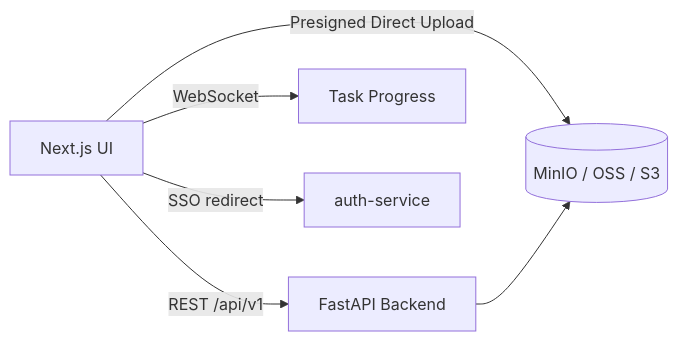
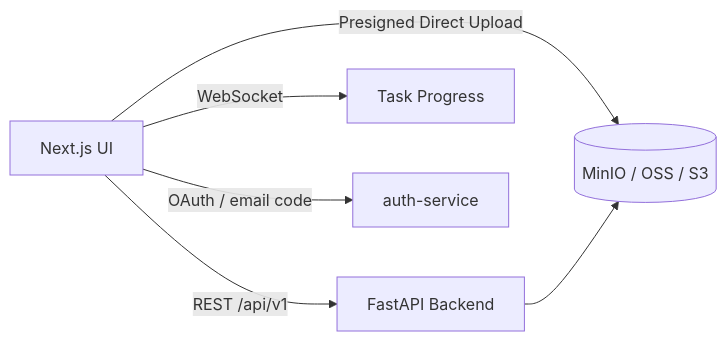
One commit to HyxiaoGe/ai-audio-assistant-ui changed the diagram in README_EN.md. Above: the diagram before and after it, drawn with Mermaid. The commit also changed other lines of this file and 21 other files, not shown here.

````diff
--- a/README_EN.md
+++ b/README_EN.md
@@ -44,8 +44,8 @@
 ```mermaid
 flowchart LR
   UI[Next.js UI] -->|REST /api/v1| BE[FastAPI Backend]
   UI -->|WebSocket| WS[Task Progress]
   UI -->|Presigned Direct Upload| S3[(MinIO / OSS / S3)]
-  UI -->|SSO redirect| AUTH[auth-service]
+  UI -->|OAuth / email code| AUTH[auth-service]
   BE --> S3
 ```
````
